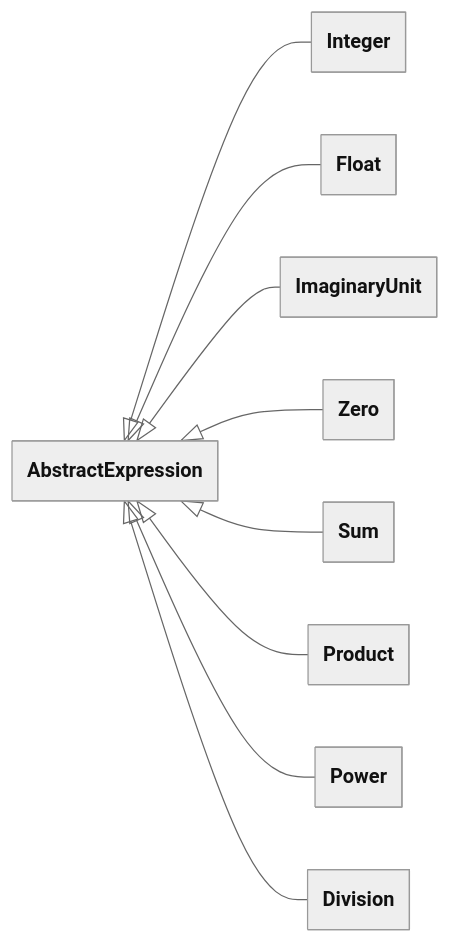
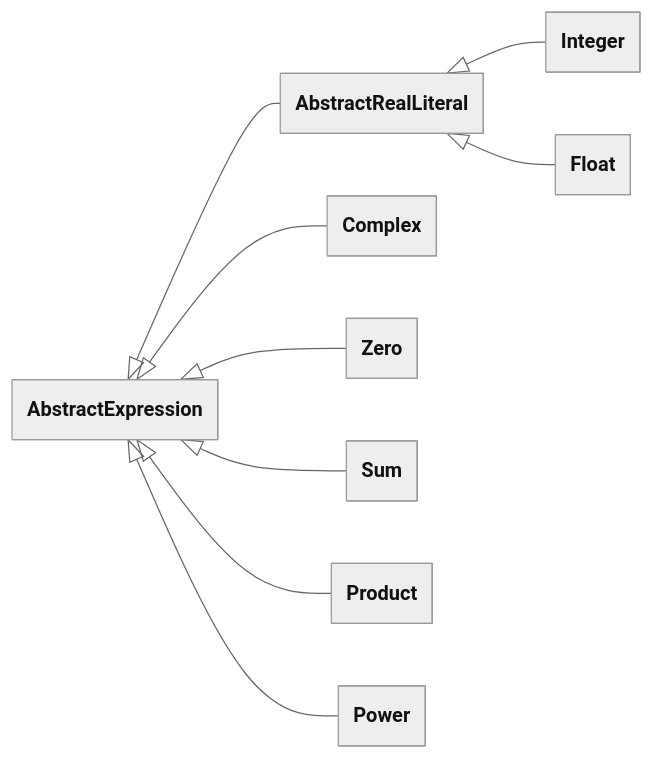
One commit to FEniCS/uflx changed the third of 12 diagrams in design/language.md. Above: the diagram before and after it, drawn with Mermaid. The commit also changed other lines of this file and 1 other file, not shown here.

Commit message:
Switch to Complex rather than using ImaginaryUnit

````diff
--- a/design/language.md
+++ b/design/language.md
@@ -4053,22 +4135,22 @@
 ```mermaid
 ---
 config:
   theme: neutral
   look: classic
   class:
     theme: neutral
     look: classic
     hideEmptyMembersBox: true
 ---
 classDiagram
     direction LR
     accTitle: Algebra class hierarchy (1 of 3)
-    AbstractExpression <|-- Integer
-    AbstractExpression <|-- Float
-    AbstractExpression <|-- ImaginaryUnit
+    AbstractExpression <|-- AbstractRealLiteral
+    AbstractRealLiteral <|-- Integer
+    AbstractRealLiteral <|-- Float
+    AbstractExpression <|-- Complex
     AbstractExpression <|-- Zero
     AbstractExpression <|-- Sum
     AbstractExpression <|-- Product
     AbstractExpression <|-- Power
-    AbstractExpression <|-- Division
 ```
````
